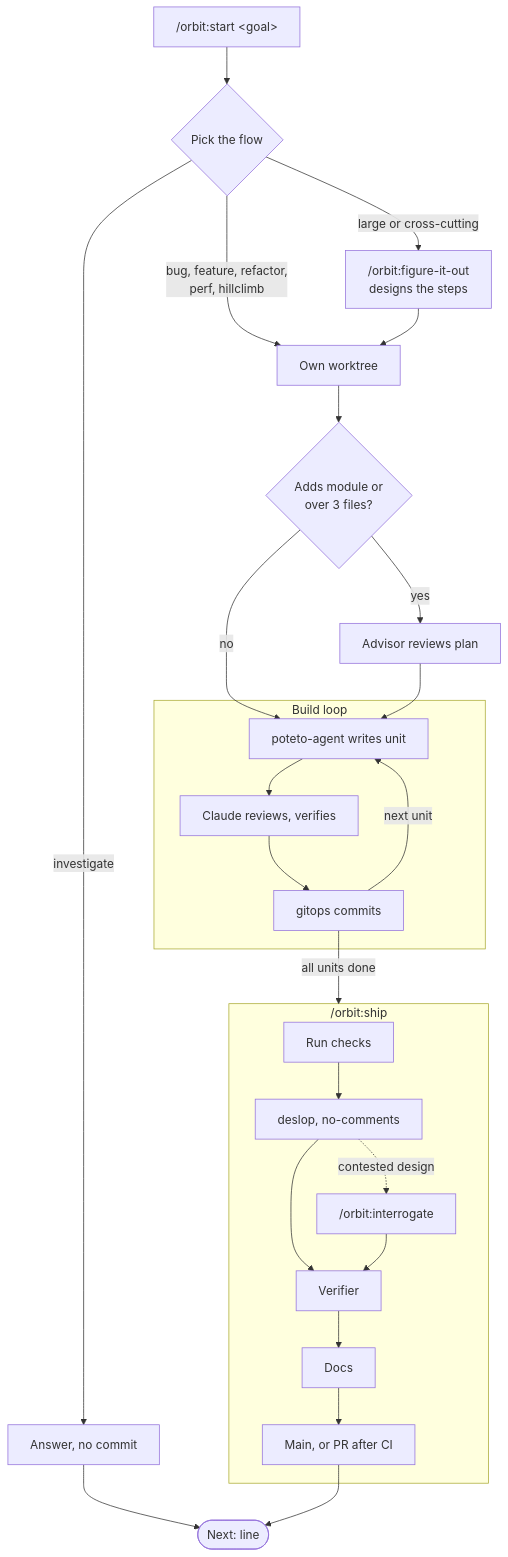
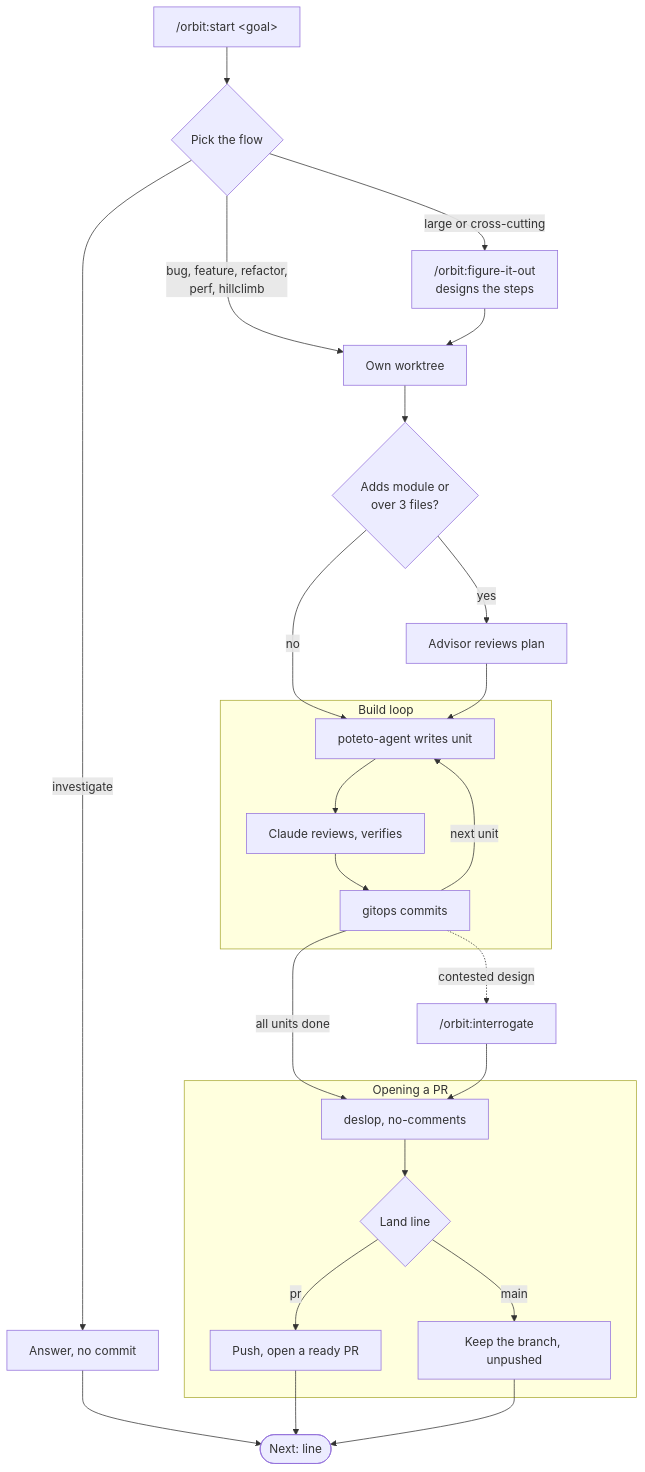
The first of 2 diagrams in README.md (aayushbtw/orbit), drawn with Mermaid before and after one commit. The commit also changed other lines of this file and 12 other files, not shown here.

Commit message:
feat(orbit): rewire flows to the ship split

````diff
--- a/README.md
+++ b/README.md
@@ -20,28 +20,28 @@
 ```mermaid
 flowchart TD
     start["/orbit:start &lt;goal&gt;"] --> flow{Pick the flow}
     flow -- investigate --> answer[Answer, no commit]
     answer --> next
     flow -- bug, feature, refactor,<br/>perf, hillclimb --> wt[Own worktree]
     flow -- large or cross-cutting --> fio["/orbit:figure-it-out<br/>designs the steps"]
     fio --> wt
     wt --> big{Adds module or<br/>over 3 files?}
     big -- yes --> advisor[Advisor reviews plan]
     big -- no --> build
     advisor --> build
     subgraph loop [Build loop]
         build[poteto-agent writes unit] --> review[Claude reviews, verifies]
         review --> commit[gitops commits]
         commit -- next unit --> build
     end
-    commit -- all units done --> ship
-    subgraph ship ["/orbit:ship"]
-        check[Run checks] --> clean[deslop, no-comments]
-        clean --> verify[Verifier]
-        clean -. contested design .-> interrogate["/orbit:interrogate"]
-        interrogate --> verify
-        verify --> docs[Docs]
-        docs --> land[Main, or PR after CI]
+    commit -- all units done --> clean
+    commit -. contested design .-> interrogate["/orbit:interrogate"]
+    interrogate --> clean
+    subgraph opr [Opening a PR]
+        clean[deslop, no-comments] --> land{Land line}
+        land -- pr --> pr[Push, open a ready PR]
+        land -- main --> branch[Keep the branch, unpushed]
     end
-    land --> next([Next: line])
+    pr --> next([Next: line])
+    branch --> next
 ```
````
